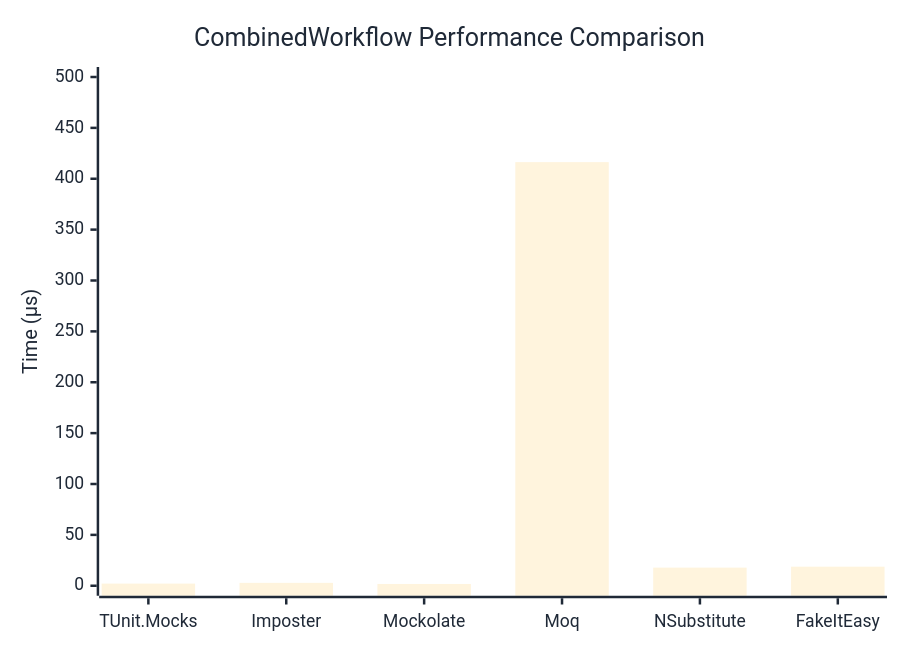
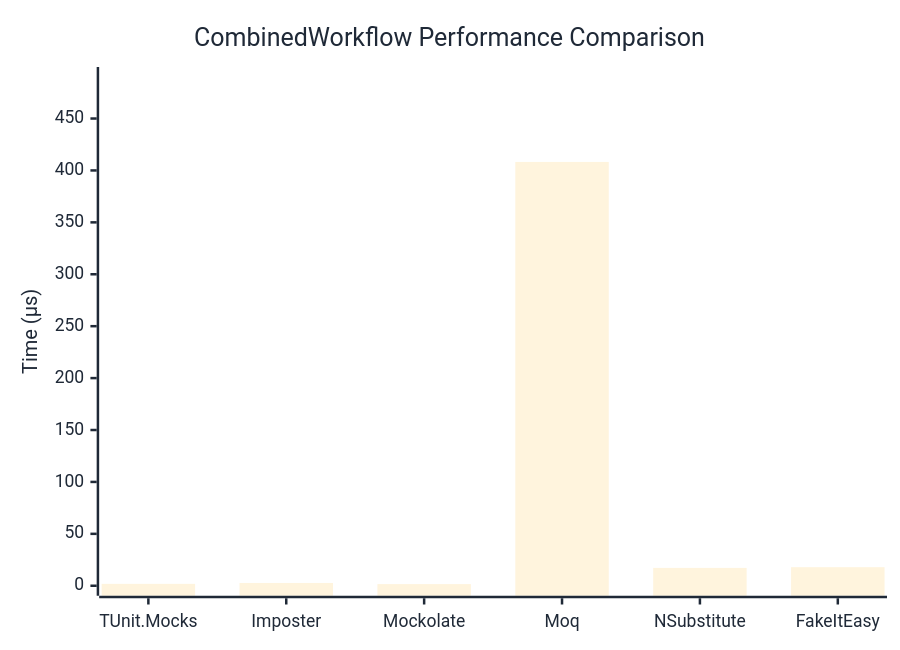
The diagram in docs/docs/benchmarks/mocks/CombinedWorkflow.md (thomhurst/TUnit), drawn with Mermaid before and after one commit. The commit also changed other lines of this file and 14 other files, not shown here.

````diff
--- a/docs/docs/benchmarks/mocks/CombinedWorkflow.md
+++ b/docs/docs/benchmarks/mocks/CombinedWorkflow.md
@@ -30,27 +30,27 @@
 ```mermaid
 %%{init: {
   'theme':'base',
   'themeVariables': {
     'primaryColor': '#2563eb',
     'primaryTextColor': '#1f2937',
     'primaryBorderColor': '#1e40af',
     'lineColor': '#6b7280',
     'secondaryColor': '#7c3aed',
     'tertiaryColor': '#dc2626',
     'background': '#ffffff',
     'pie1': '#2563eb',
     'pie2': '#7c3aed',
     'pie3': '#dc2626',
     'pie4': '#f59e0b',
     'pie5': '#10b981',
     'pie6': '#06b6d4',
     'pie7': '#ec4899',
     'pie8': '#6366f1'
   }
 }}%%
 xychart-beta
   title "CombinedWorkflow Performance Comparison"
   x-axis ["TUnit.Mocks", "Imposter", "Mockolate", "Moq", "NSubstitute", "FakeItEasy"]
-  y-axis "Time (μs)" 0 --> 500
-  bar [2.115, 2.841, 1.765, 416.331, 17.815, 18.735]
+  y-axis "Time (μs)" 0 --> 490
+  bar [1.824, 2.683, 1.592, 408.195, 17.203, 17.886]
 ```
````
